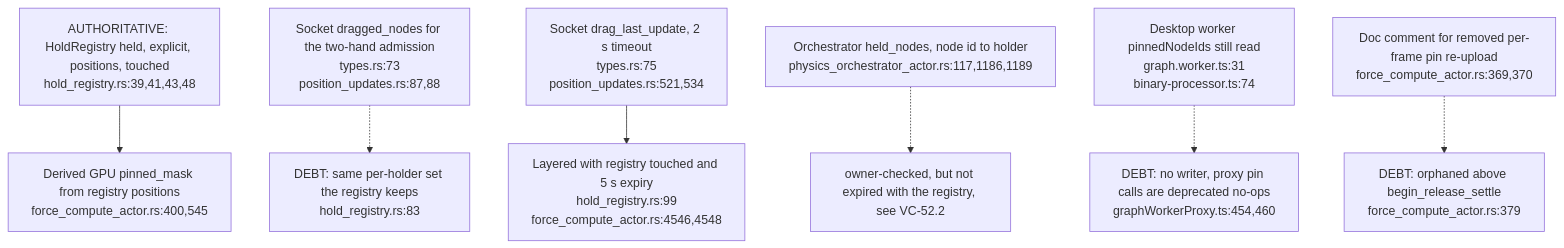
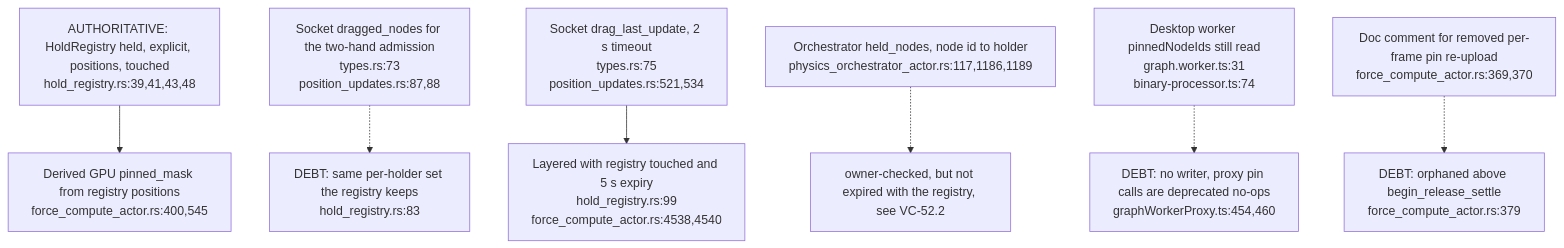
One commit to DreamLab-AI/VisionFlow changed the seventh of 7 diagrams in docs/diagrams/visionclaw/52-drag-holds-and-observation-gates.md. Above: the diagram before and after it, drawn with Mermaid. The commit also changed other lines of this file and 46 other files, not shown here.

Commit message:
docs(diagrams): re-verify VisionClaw topics at 809a859aa/a950f4d80 after the consolidation pass

````diff
--- a/docs/diagrams/visionclaw/52-drag-holds-and-observation-gates.md
+++ b/docs/diagrams/visionclaw/52-drag-holds-and-observation-gates.md
@@ -160,9 +160,9 @@
 ```mermaid
 flowchart TD
     REG["AUTHORITATIVE: HoldRegistry held, explicit, positions, touched<br/>hold_registry.rs:39,41,43,48"] --> MASK["Derived GPU pinned_mask from registry positions<br/>force_compute_actor.rs:400,545"]
     SOCK["Socket dragged_nodes for the two-hand admission<br/>types.rs:73<br/>position_updates.rs:87,88"] -.-> D1["DEBT: same per-holder set the registry keeps<br/>hold_registry.rs:83"]
-    TIME["Socket drag_last_update, 2 s timeout<br/>types.rs:75<br/>position_updates.rs:521,534"] --> LAYER["Layered with registry touched and 5 s expiry<br/>hold_registry.rs:99<br/>force_compute_actor.rs:4546,4548"]
+    TIME["Socket drag_last_update, 2 s timeout<br/>types.rs:75<br/>position_updates.rs:521,534"] --> LAYER["Layered with registry touched and 5 s expiry<br/>hold_registry.rs:99<br/>force_compute_actor.rs:4538,4540"]
     ORCH["Orchestrator held_nodes, node id to holder<br/>physics_orchestrator_actor.rs:117,1186,1189"] -.-> T1["owner-checked, but not expired with the registry, see VC-52.2"]
     DESK["Desktop worker pinnedNodeIds still read<br/>graph.worker.ts:31<br/>binary-processor.ts:74"] -.-> D2["DEBT: no writer, proxy pin calls are deprecated no-ops<br/>graphWorkerProxy.ts:454,460"]
     STALE["Doc comment for removed per-frame pin re-upload<br/>force_compute_actor.rs:369,370"] -.-> D3["DEBT: orphaned above begin_release_settle<br/>force_compute_actor.rs:379"]
 ```
````
